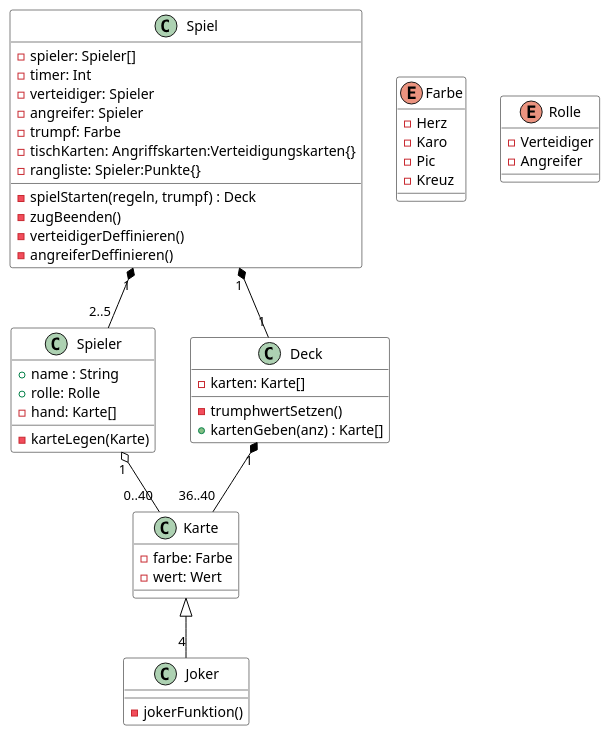
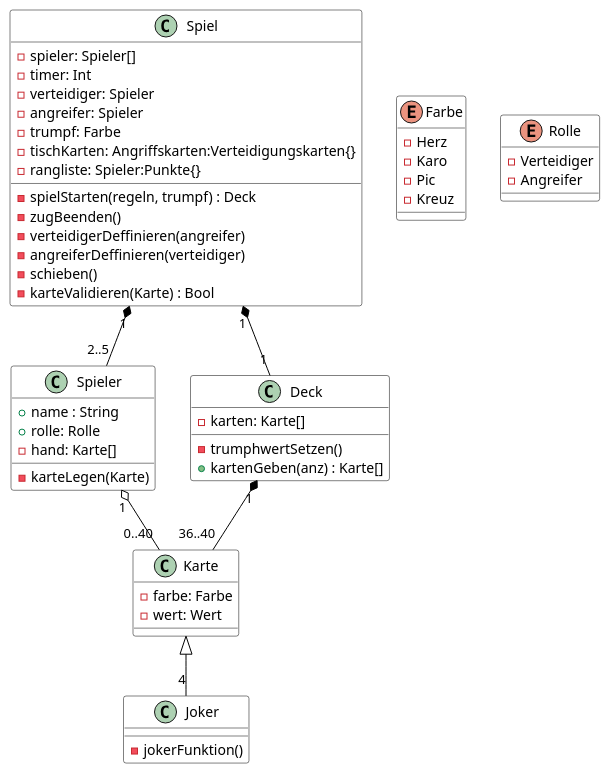
One commit to DerLurchi/Durak changed the diagram in Klassendiagramm/Klassendiagramm_Spiel.puml. Above: the diagram before and after it, drawn with PlantUML. The commit also changed 2 other files, not shown here.

Commit message:
schieben und validieren eingebaut

```diff
--- a/Klassendiagramm/Klassendiagramm_Spiel.puml
+++ b/Klassendiagramm/Klassendiagramm_Spiel.puml
@@ -1,76 +1,78 @@
 @startuml Durak Spiel
 
 skinparam{
     ClassBackgroundColor white
     ClassBorderColor black
 
     'ClassAttributeIconSize 0
 
     ArrowColor black
 
     Shadowing false
 
 }
 
 class Spiel {
     -spieler: Spieler[]
     -timer: Int
     -verteidiger: Spieler
     -angreifer: Spieler
     -trumpf: Farbe
     -tischKarten: Angriffskarten:Verteidigungskarten{}
     -rangliste: Spieler:Punkte{}
 
     -spielStarten(regeln, trumpf) : Deck
     -zugBeenden()
-    -verteidigerDeffinieren()
-    -angreiferDeffinieren()
+    -verteidigerDeffinieren(angreifer)
+    -angreiferDeffinieren(verteidiger)
+    -schieben()
+    -karteValidieren(Karte) : Bool
 }
 
 class Spieler {
     +name : String
     +rolle: Rolle
     -hand: Karte[]
 
     -karteLegen(Karte)
 }
 
 class Karte {
     -farbe: Farbe
     -wert: Wert
 }
 
 class Joker {
     -jokerFunktion()
 }
 
 class Deck {
     -karten: Karte[]
 
     -trumphwertSetzen()
     +kartenGeben(anz) : Karte[]
 }
 
 enum Farbe {
     - Herz 
     - Karo 
     - Pic 
     - Kreuz
 }
 
 enum Rolle {
     - Verteidiger
     - Angreifer
 }
 
 Spiel "1" *-- "2..5" Spieler
 
 Spiel "1" *-- "1" Deck
 
 Deck "1" *-- "36..40" Karte
 
 Karte <|-- "4" Joker 
 
 Spieler "1" o-- "0..40" Karte 
 
 @enduml
```
